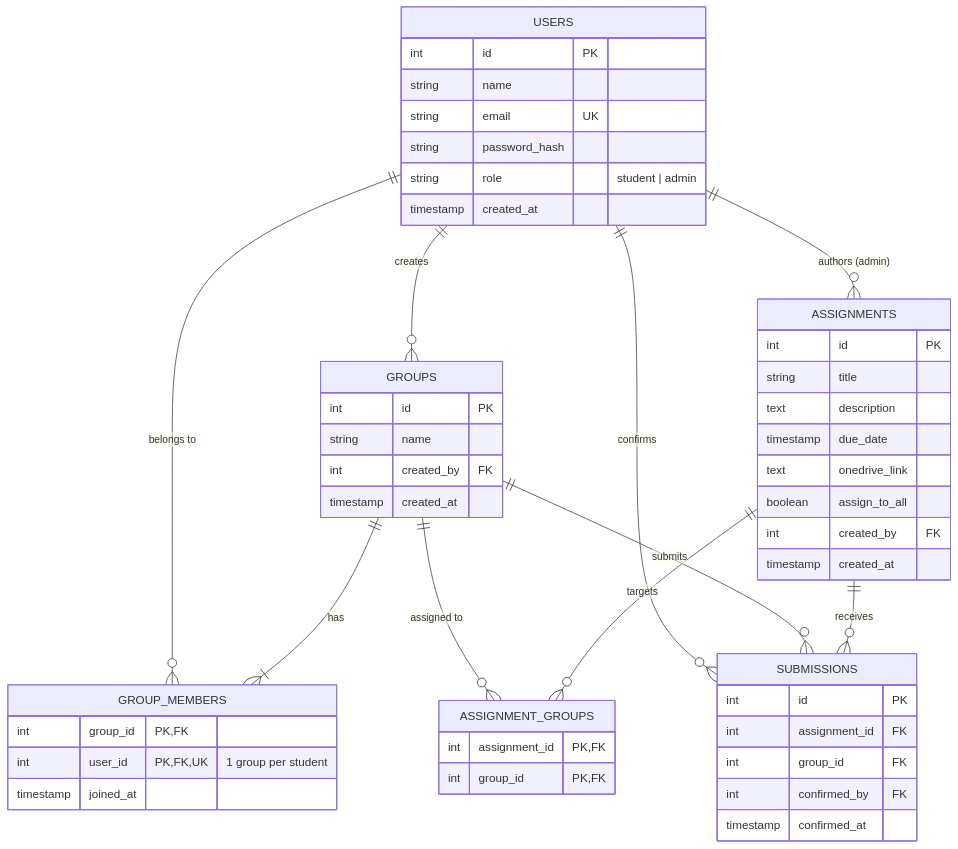
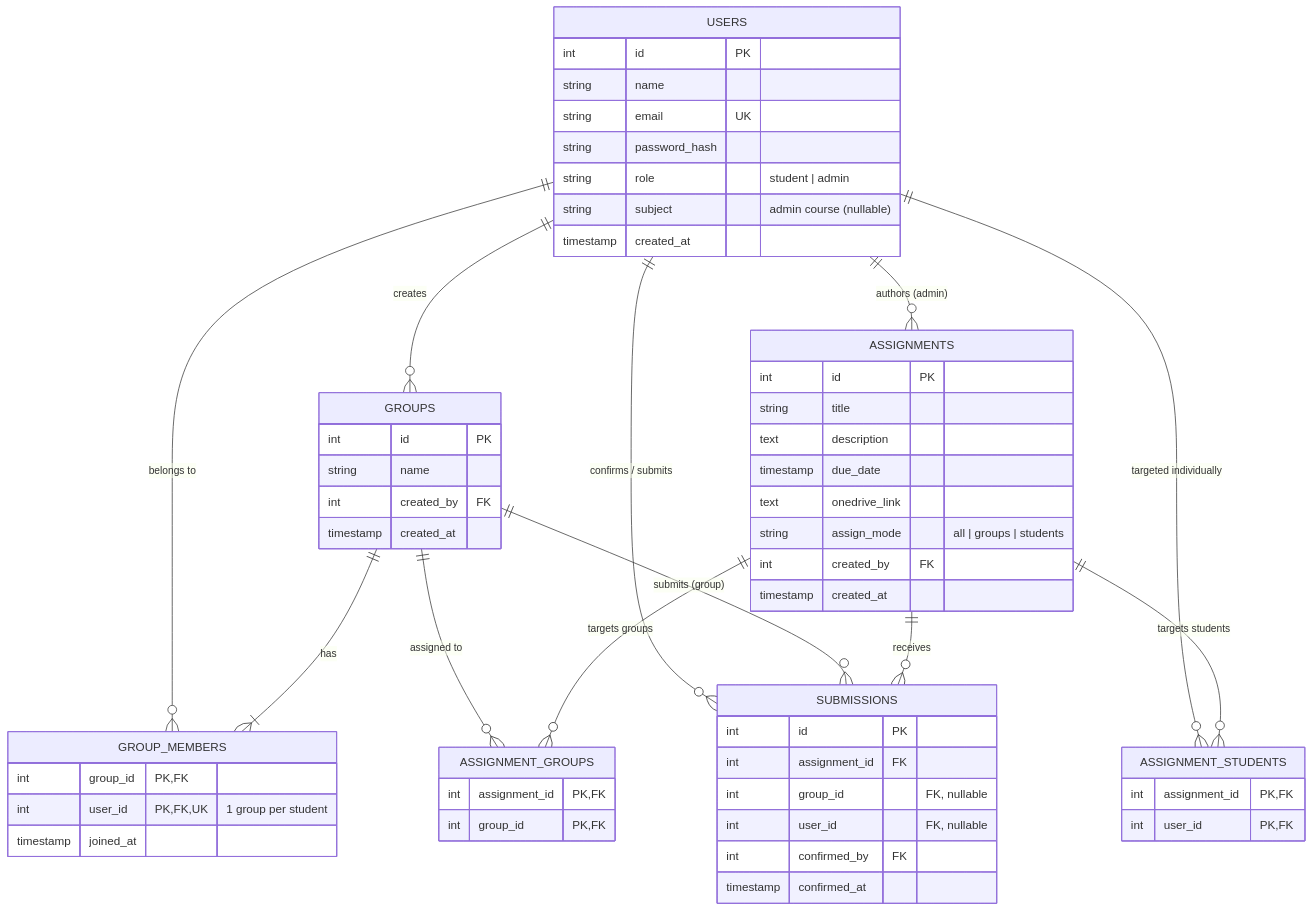
The second of 2 diagrams in README.md (nakhileship/ASSIQO), drawn with Mermaid before and after one commit. The commit also changed other lines of this file, not shown here.

Commit message:
docs: update for multi-admin and individual assignments

````diff
--- a/README.md
+++ b/README.md
@@ -138,60 +152,69 @@
 ```mermaid
 erDiagram
     USERS ||--o{ GROUPS : "creates"
     USERS ||--o{ GROUP_MEMBERS : "belongs to"
     USERS ||--o{ ASSIGNMENTS : "authors (admin)"
-    USERS ||--o{ SUBMISSIONS : "confirms"
+    USERS ||--o{ ASSIGNMENT_STUDENTS : "targeted individually"
+    USERS ||--o{ SUBMISSIONS : "confirms / submits"
     
     GROUPS ||--|{ GROUP_MEMBERS : "has"
     GROUPS ||--o{ ASSIGNMENT_GROUPS : "assigned to"
-    GROUPS ||--o{ SUBMISSIONS : "submits"
+    GROUPS ||--o{ SUBMISSIONS : "submits (group)"
     
-    ASSIGNMENTS ||--o{ ASSIGNMENT_GROUPS : "targets"
+    ASSIGNMENTS ||--o{ ASSIGNMENT_GROUPS : "targets groups"
+    ASSIGNMENTS ||--o{ ASSIGNMENT_STUDENTS : "targets students"
     ASSIGNMENTS ||--o{ SUBMISSIONS : "receives"
 
     USERS {
         int id PK
         string name
         string email UK
         string password_hash
         string role "student | admin"
+        string subject "admin course (nullable)"
         timestamp created_at
     }
 
     GROUPS {
         int id PK
         string name
         int created_by FK
         timestamp created_at
     }
 
     GROUP_MEMBERS {
         int group_id PK, FK
         int user_id PK, FK, UK "1 group per student"
         timestamp joined_at
     }
 
     ASSIGNMENTS {
         int id PK
         string title
         text description
         timestamp due_date
         text onedrive_link
-        boolean assign_to_all
+        string assign_mode "all | groups | students"
         int created_by FK
         timestamp created_at
     }
 
     ASSIGNMENT_GROUPS {
         int assignment_id PK, FK
         int group_id PK, FK
     }
 
+    ASSIGNMENT_STUDENTS {
+        int assignment_id PK, FK
+        int user_id PK, FK
+    }
+
     SUBMISSIONS {
         int id PK
         int assignment_id FK
-        int group_id FK
+        int group_id "FK, nullable"
+        int user_id "FK, nullable"
         int confirmed_by FK
         timestamp confirmed_at
     }
 ```
````
